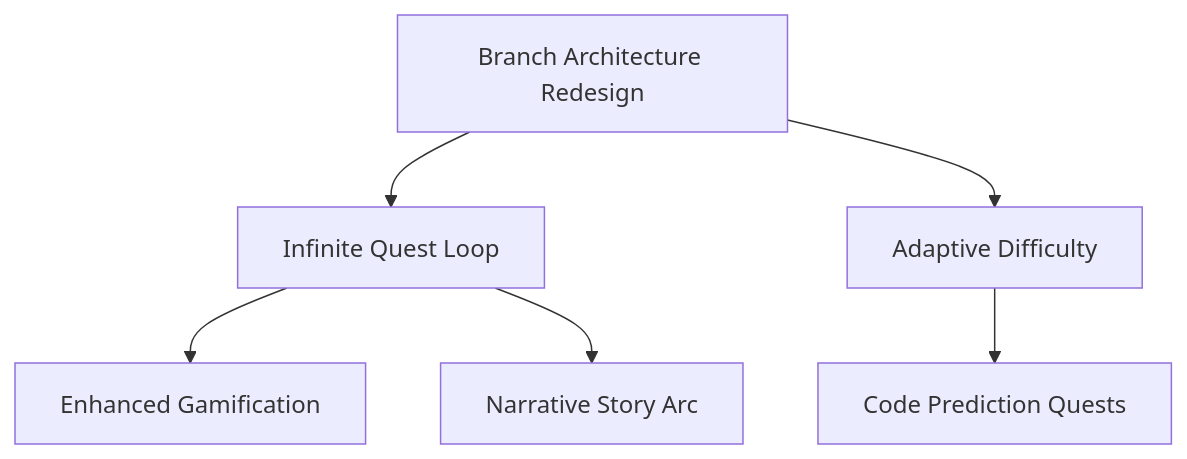
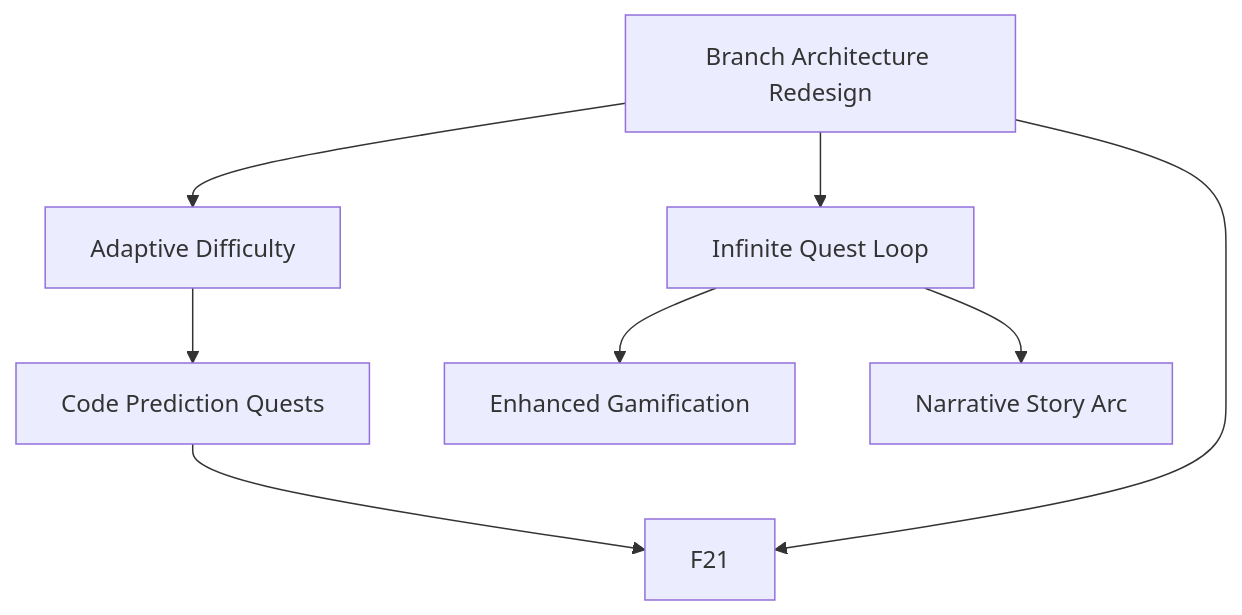
Before and after one commit to gocklkatz/cos-quest-master: the diagram in design/phase4/phase4_main.md, drawn with Mermaid. The commit also changed other lines of this file and 1 other file, not shown here.

````diff
--- a/design/phase4/phase4_main.md
+++ b/design/phase4/phase4_main.md
@@ -165,15 +166,17 @@
 ```mermaid
 graph TD
     F6[Code Prediction Quests]
     F17[Infinite Quest Loop]
     F18[Adaptive Difficulty]
     F19[Enhanced Gamification]
     F20[Narrative Story Arc]
     C5[Branch Architecture Redesign]
 
     C5 --> F17
     C5 --> F18
     F17 --> F19
     F18 --> F6
     F17 --> F20
+    F6 --> F21
+    C5 --> F21
 ```
````
